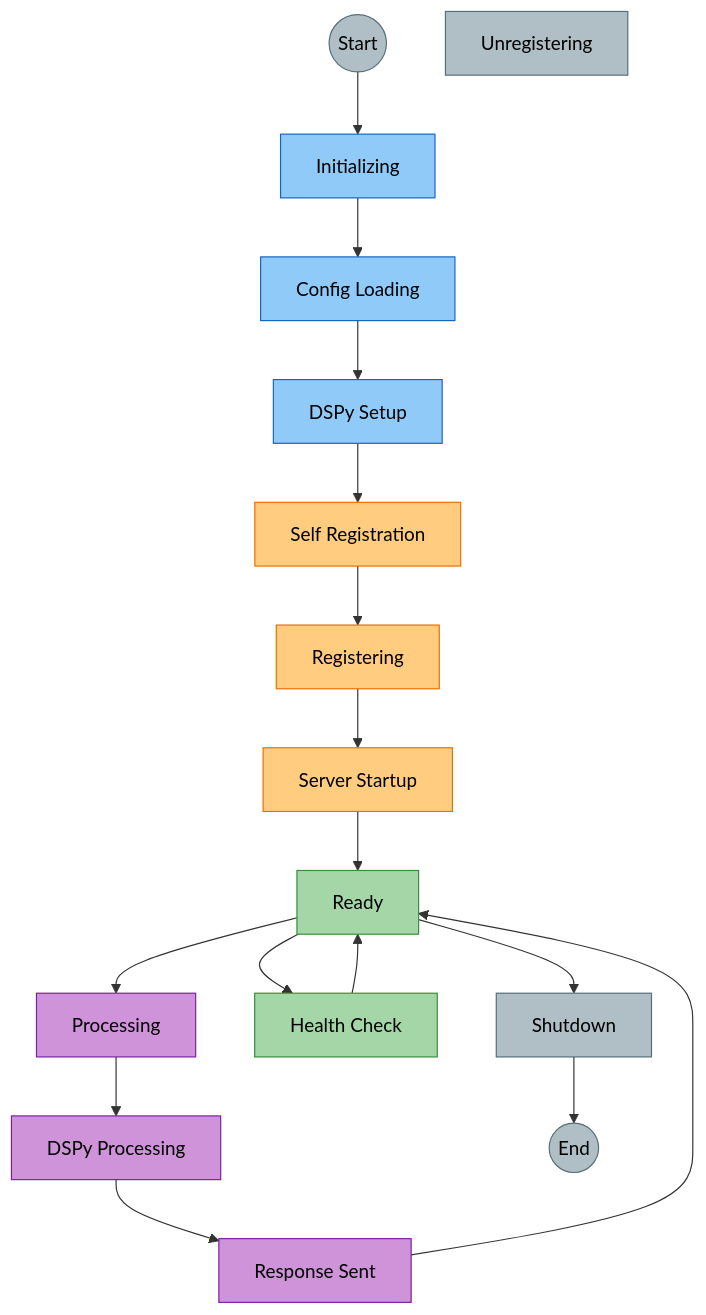
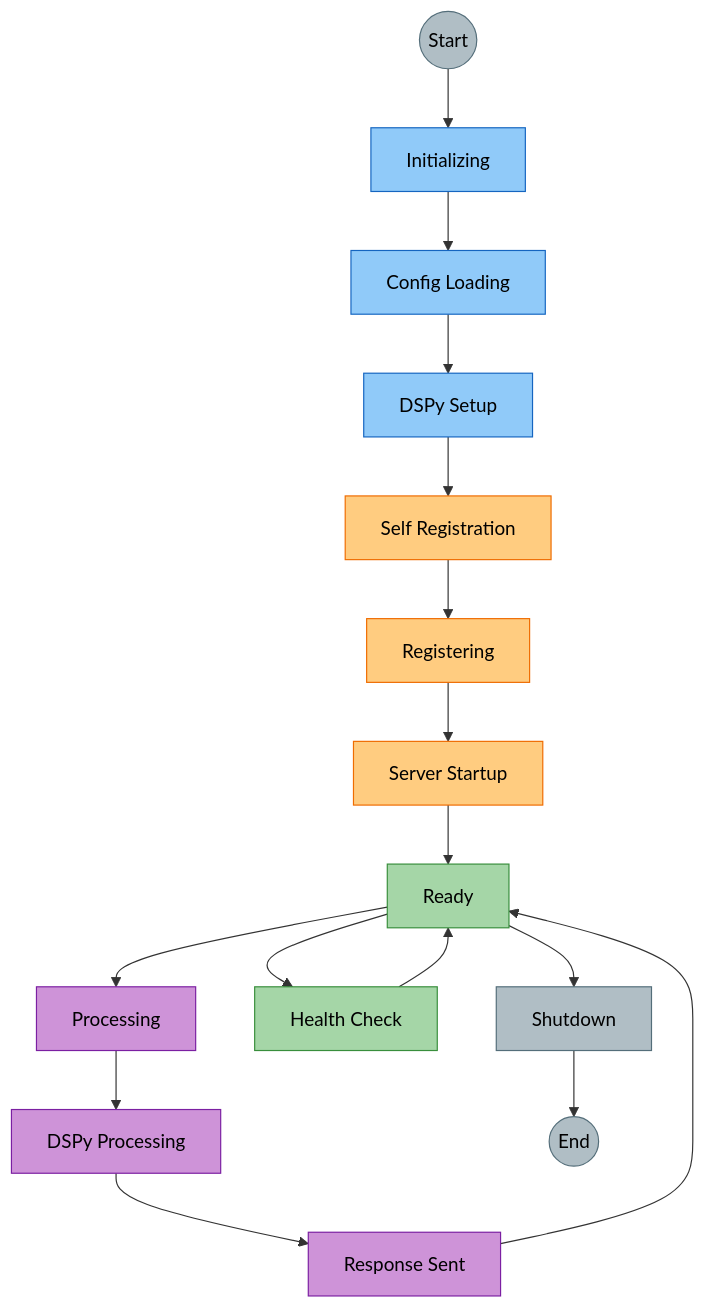
The sixth of 8 diagrams in docs/architecture/multi-agent-interactions.md (amit-jain/cogniverse), drawn with Mermaid before and after one commit. The commit also changed other lines of this file and 137 other files, not shown here.

````diff
--- a/docs/architecture/multi-agent-interactions.md
+++ b/docs/architecture/multi-agent-interactions.md
@@ -406,39 +406,38 @@
 ```mermaid
 flowchart TB
     Start((<span style='color:#000'>Start</span>)) --> Initializing[<span style='color:#000'>Initializing</span>]
 
     Initializing --> ConfigLoading[<span style='color:#000'>Config Loading</span>]
     ConfigLoading --> DSPySetup[<span style='color:#000'>DSPy Setup</span>]
     DSPySetup --> SelfRegistration[<span style='color:#000'>Self Registration</span>]
 
     SelfRegistration --> Registering[<span style='color:#000'>Registering</span>]
     Registering --> ServerStartup[<span style='color:#000'>Server Startup</span>]
     ServerStartup --> Ready[<span style='color:#000'>Ready</span>]
 
     Ready --> Processing[<span style='color:#000'>Processing</span>]
     Processing --> DSPyProcessing[<span style='color:#000'>DSPy Processing</span>]
     DSPyProcessing --> ResponseSent[<span style='color:#000'>Response Sent</span>]
     ResponseSent --> Ready
 
     Ready --> HealthCheck[<span style='color:#000'>Health Check</span>]
     HealthCheck --> Ready
 
     Ready --> Shutdown[<span style='color:#000'>Shutdown</span>]
     Shutdown --> End((<span style='color:#000'>End</span>))
 
     style Start fill:#b0bec5,stroke:#546e7a,color:#000
     style Initializing fill:#90caf9,stroke:#1565c0,color:#000
     style ConfigLoading fill:#90caf9,stroke:#1565c0,color:#000
     style DSPySetup fill:#90caf9,stroke:#1565c0,color:#000
     style SelfRegistration fill:#ffcc80,stroke:#ef6c00,color:#000
     style Registering fill:#ffcc80,stroke:#ef6c00,color:#000
     style ServerStartup fill:#ffcc80,stroke:#ef6c00,color:#000
     style Ready fill:#a5d6a7,stroke:#388e3c,color:#000
     style Processing fill:#ce93d8,stroke:#7b1fa2,color:#000
     style DSPyProcessing fill:#ce93d8,stroke:#7b1fa2,color:#000
     style ResponseSent fill:#ce93d8,stroke:#7b1fa2,color:#000
     style HealthCheck fill:#a5d6a7,stroke:#388e3c,color:#000
-    style Unregistering fill:#b0bec5,stroke:#546e7a,color:#000
     style Shutdown fill:#b0bec5,stroke:#546e7a,color:#000
     style End fill:#b0bec5,stroke:#546e7a,color:#000
 ```
````
